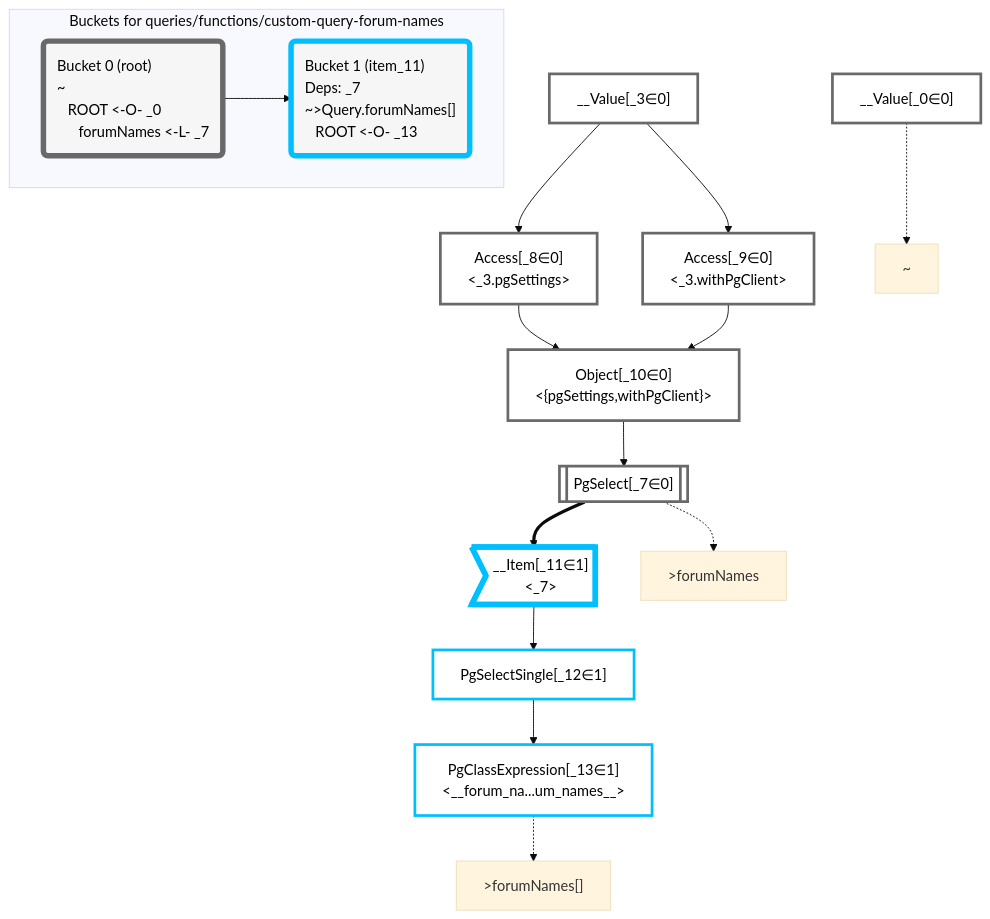
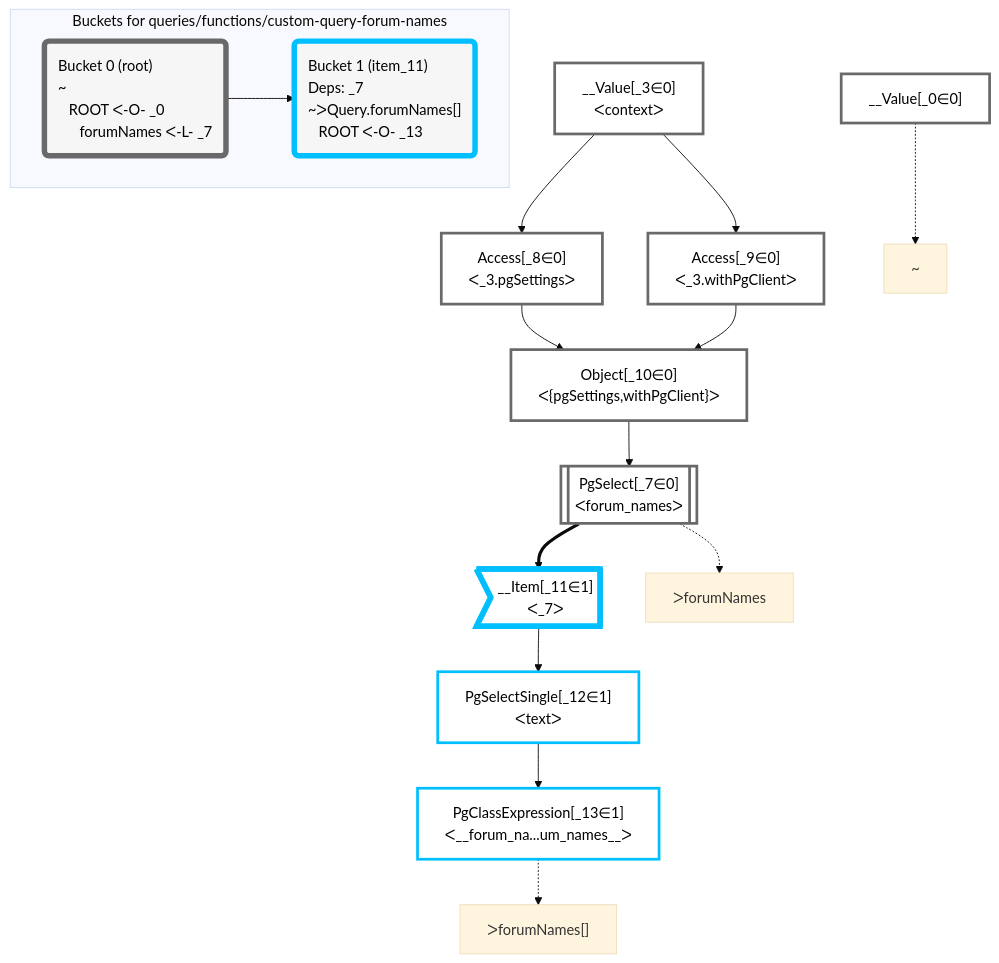
Before and after one commit to graphile/crystal: the diagram in packages/dataplan-pg/__tests__/queries/functions/custom-query-forum-names.mermaid.md, drawn with Mermaid (base theme). The commit also changed 195 other files, not shown here.

````diff
--- a/packages/dataplan-pg/__tests__/queries/functions/custom-query-forum-names.mermaid.md
+++ b/packages/dataplan-pg/__tests__/queries/functions/custom-query-forum-names.mermaid.md
@@ -1,52 +1,52 @@
 ```mermaid
 graph TD
     classDef path fill:#eee,stroke:#000,color:#000
     classDef plan fill:#fff,stroke-width:3px,color:#000
     classDef itemplan fill:#fff,stroke-width:6px,color:#000
     classDef sideeffectplan fill:#f00,stroke-width:6px,color:#000
     classDef bucket fill:#f6f6f6,color:#000,stroke-width:6px,text-align:left
 
 
     %% define plans
     __Value_0["__Value[_0∈0]"]:::plan
-    __Value_3["__Value[_3∈0]<br /><context>"]:::plan
-    PgSelect_7[["PgSelect[_7∈0]<br /><forum_names>"]]:::plan
-    Access_8["Access[_8∈0]<br /><_3.pgSettings>"]:::plan
-    Access_9["Access[_9∈0]<br /><_3.withPgClient>"]:::plan
-    Object_10["Object[_10∈0]<br /><{pgSettings,withPgClient}>"]:::plan
-    __Item_11>"__Item[_11∈1]<br /><_7>"]:::itemplan
-    PgSelectSingle_12["PgSelectSingle[_12∈1]<br /><text>"]:::plan
-    PgClassExpression_13["PgClassExpression[_13∈1]<br /><__forum_na...um_names__>"]:::plan
+    __Value_3["__Value[_3∈0]<br />ᐸcontextᐳ"]:::plan
+    PgSelect_7[["PgSelect[_7∈0]<br />ᐸforum_namesᐳ"]]:::plan
+    Access_8["Access[_8∈0]<br />ᐸ_3.pgSettingsᐳ"]:::plan
+    Access_9["Access[_9∈0]<br />ᐸ_3.withPgClientᐳ"]:::plan
+    Object_10["Object[_10∈0]<br />ᐸ{pgSettings,withPgClient}ᐳ"]:::plan
+    __Item_11>"__Item[_11∈1]<br />ᐸ_7ᐳ"]:::itemplan
+    PgSelectSingle_12["PgSelectSingle[_12∈1]<br />ᐸtextᐳ"]:::plan
+    PgClassExpression_13["PgClassExpression[_13∈1]<br />ᐸ__forum_na...um_names__ᐳ"]:::plan
 
     %% plan dependencies
     Object_10 --> PgSelect_7
     __Value_3 --> Access_8
     __Value_3 --> Access_9
     Access_8 --> Object_10
     Access_9 --> Object_10
     PgSelect_7 ==> __Item_11
     __Item_11 --> PgSelectSingle_12
     PgSelectSingle_12 --> PgClassExpression_13
 
     %% plan-to-path relationships
     P_0["~"]
     __Value_0 -.-> P_0
-    P_7[">forumNames"]
+    P_7["ᐳforumNames"]
     PgSelect_7 -.-> P_7
-    P_13[">forumNames[]"]
+    P_13["ᐳforumNames[]"]
     PgClassExpression_13 -.-> P_13
 
     %% allocate buckets
     classDef bucket0 stroke:#696969
     class __Value_0,__Value_3,PgSelect_7,Access_8,Access_9,Object_10 bucket0
     classDef bucket1 stroke:#00bfff
     class __Item_11,PgSelectSingle_12,PgClassExpression_13 bucket1
 
     subgraph "Buckets for queries/functions/custom-query-forum-names"
-    Bucket0("Bucket 0 (root)<br />~<br />⠀ROOT <-O- _0<br />⠀⠀forumNames <-L- _7"):::bucket
+    Bucket0("Bucket 0 (root)<br />~<br />⠀ROOT ᐸ-O- _0<br />⠀⠀forumNames ᐸ-L- _7"):::bucket
     style Bucket0 stroke:#696969
-    Bucket1("Bucket 1 (item_11)<br />Deps: _7<br />~>Query.forumNames[]<br />⠀ROOT <-O- _13"):::bucket
+    Bucket1("Bucket 1 (item_11)<br />Deps: _7<br />~ᐳQuery.forumNames[]<br />⠀ROOT ᐸ-O- _13"):::bucket
     style Bucket1 stroke:#00bfff
     Bucket0 --> Bucket1
     end
 ```
````
